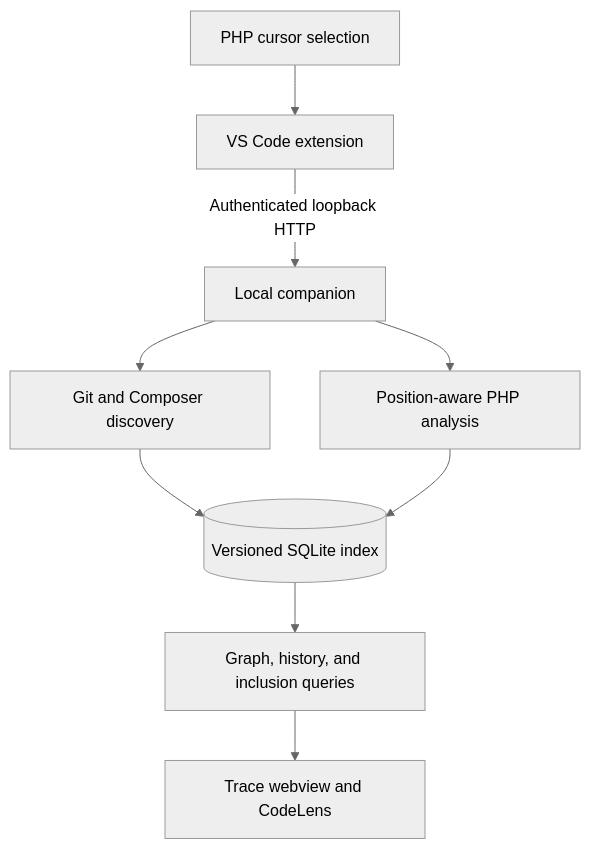
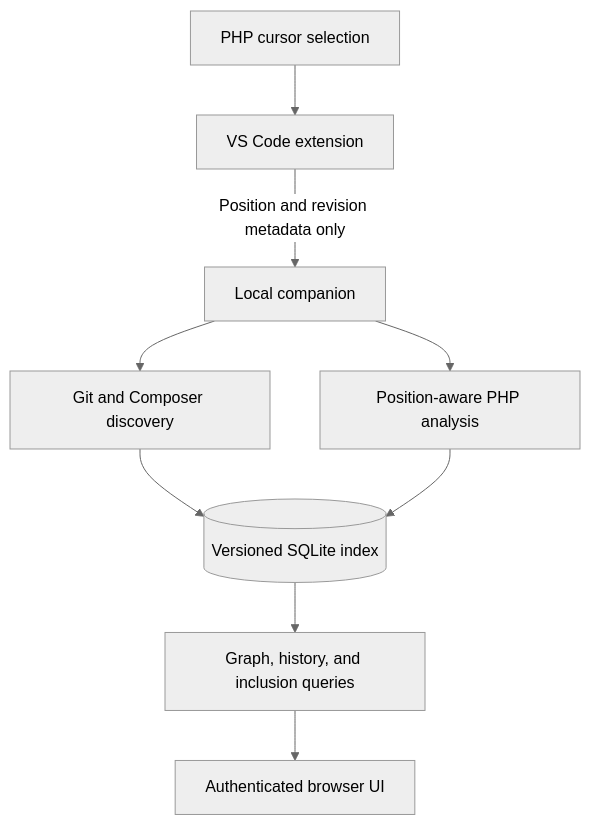
One commit to lcherone/CodeTrace changed the diagram in README.md. Above: the diagram before and after it, drawn with Mermaid (neutral theme). The commit also changed other lines of this file and 65 other files, not shown here.

````diff
--- a/README.md
+++ b/README.md
@@ -109,11 +108,11 @@
 ```mermaid
 flowchart TD
     A[PHP cursor selection] --> B[VS Code extension]
-    B -->|Authenticated loopback HTTP| C[Local companion]
+    B -->|Position and revision metadata only| C[Local companion]
     C --> D[Git and Composer discovery]
     C --> E[Position-aware PHP analysis]
     D --> F[(Versioned SQLite index)]
     E --> F
     F --> G[Graph, history, and inclusion queries]
-    G --> H[Trace webview and CodeLens]
+    G --> H[Authenticated browser UI]
 ```
````
